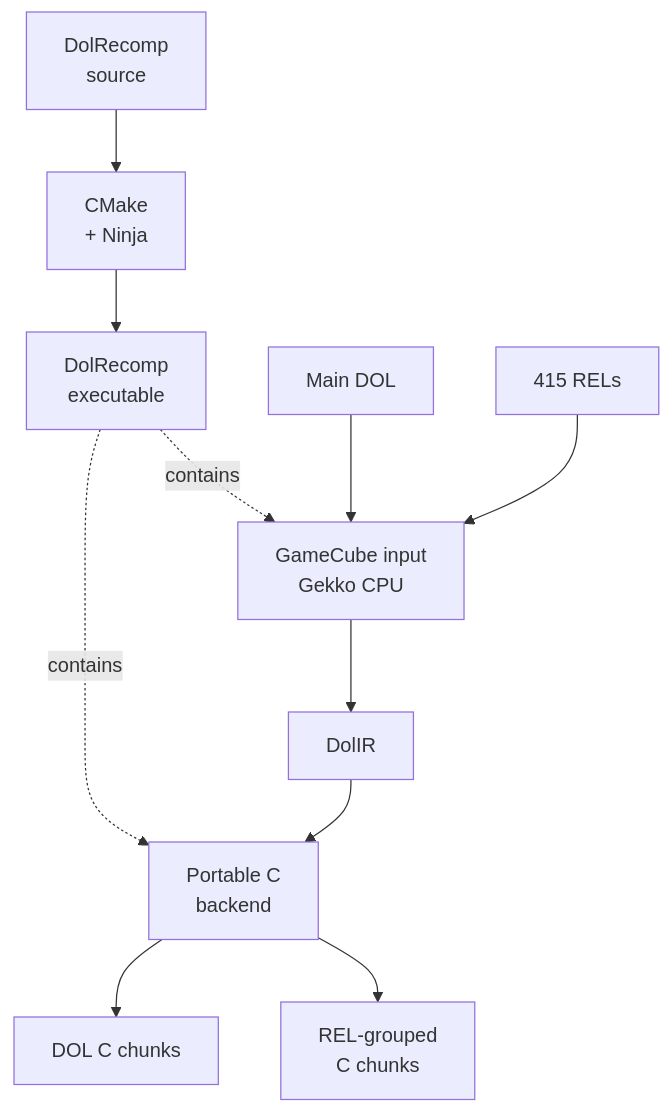
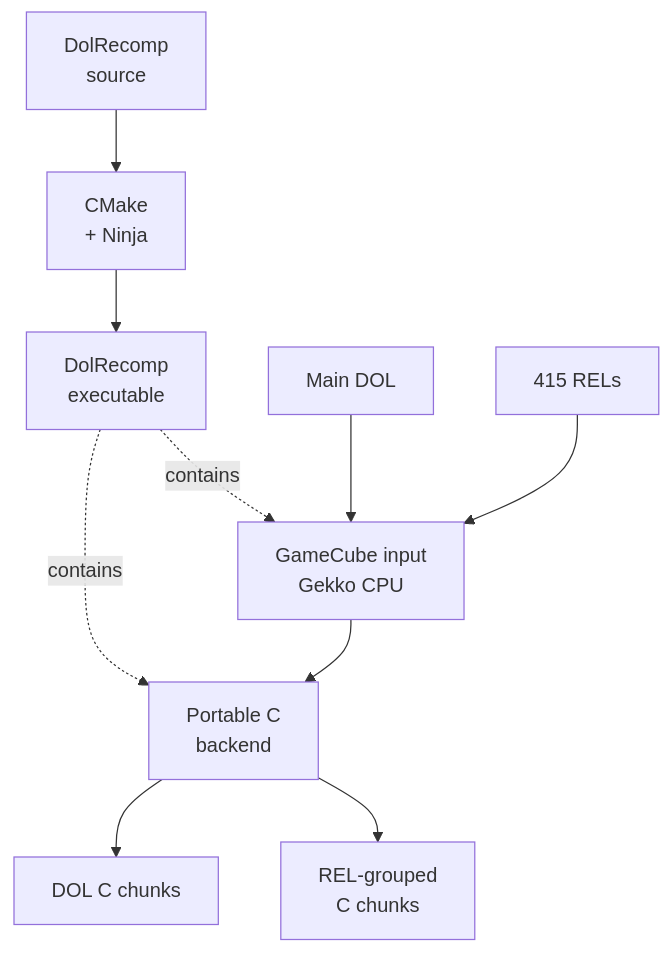
The seventh of 10 diagrams in docs/architecture/Build.md (Aelbannan/boat_of_daphnes), drawn with Mermaid before and after one commit.

Commit message:
docs: simplify translation diagram by omitting DolIR

````diff
--- a/docs/architecture/Build.md
+++ b/docs/architecture/Build.md
@@ -361,22 +361,21 @@
 ```mermaid
 flowchart TD
     Source["DolRecomp<br/>source"]
     Build["CMake<br/>+ Ninja"]
     Tool["DolRecomp<br/>executable"]
     Dol["Main DOL"]
     Rels["415 RELs"]
     Frontend["GameCube input<br/>Gekko CPU"]
-    IR["DolIR"]
     Backend["Portable C<br/>backend"]
     DolC["DOL C chunks"]
     RelC["REL-grouped<br/>C chunks"]
 
     Source --> Build --> Tool
     Tool -. "contains" .-> Frontend
     Tool -. "contains" .-> Backend
     Dol --> Frontend
     Rels --> Frontend
-    Frontend --> IR --> Backend
+    Frontend --> Backend
     Backend --> DolC
     Backend --> RelC
 ```
````
